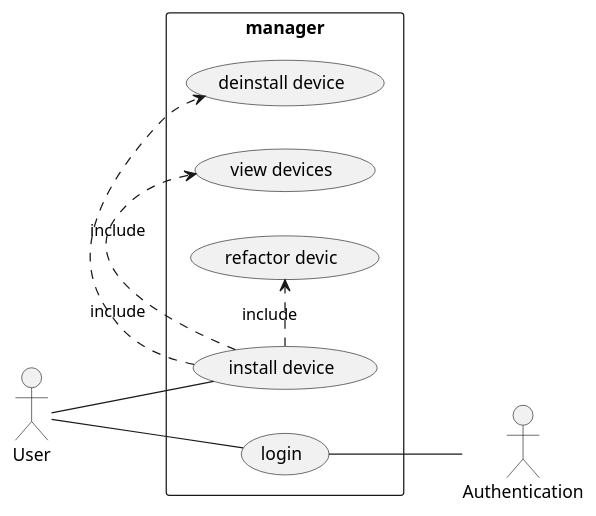
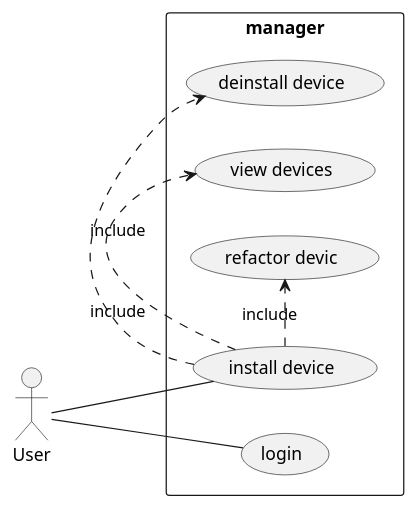
One commit to htl-leonding-project/5ahif-syp-chromecast-manager changed the diagram in Backend/asciidocs/ucd.puml. Above: the diagram before and after it, drawn with PlantUML.

Commit message:
Uml updatet

```diff
--- a/Backend/asciidocs/ucd.puml
+++ b/Backend/asciidocs/ucd.puml
@@ -2,14 +2,12 @@
 @startuml
 left to right direction
 skinparam packageStyle rectangle
 actor User
-actor Authentication
 rectangle manager {
   User -- (install device)
   (install device) .> (deinstall device) : include
   (install device) .> (view devices) : include
   (install device) .> (refactor devic) : include
   User -- (login)
-  (login) -- Authentication
 }
 @enduml
```
